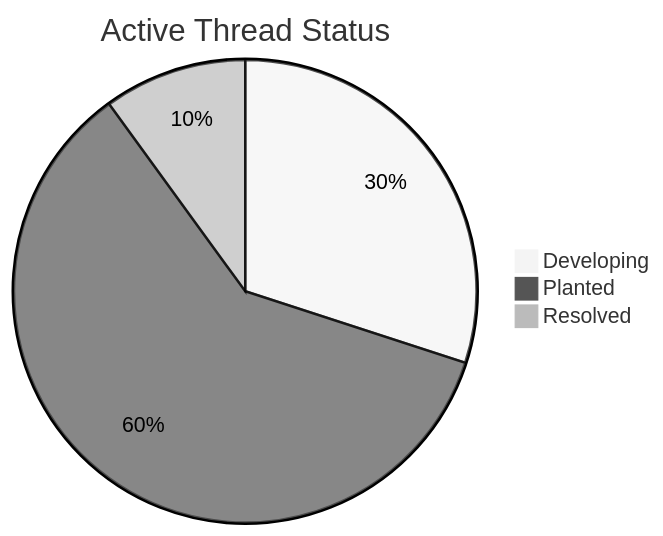
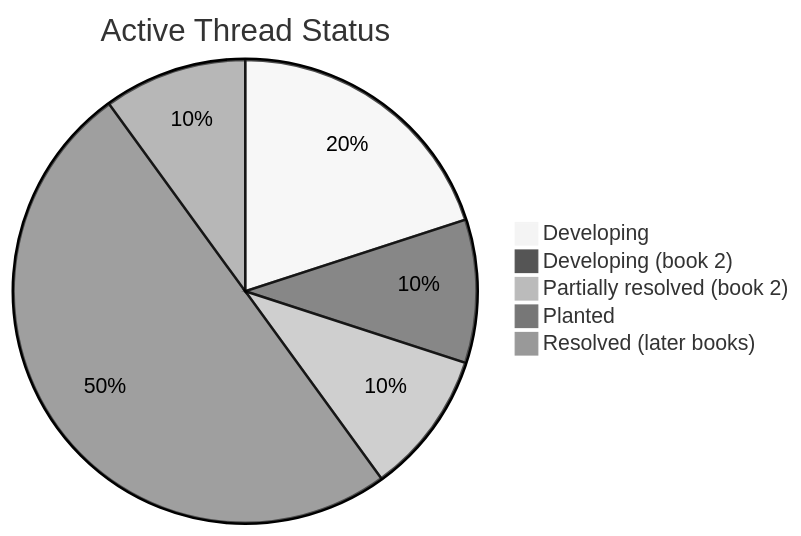
Before and after one commit to GOATnote-Inc/untamedpursuit: the seventh of 7 diagrams in README.md, drawn with Mermaid (neutral theme). The commit also changed other lines of this file and 4 other files, not shown here.

````diff
--- a/README.md
+++ b/README.md
@@ -256,6 +266,8 @@
 ```mermaid
 pie title Active Thread Status
-    "Developing" : 3
-    "Planted" : 6
-    "Resolved" : 1
+    "Developing" : 2
+    "Developing (book 2)" : 1
+    "Partially resolved (book 2)" : 1
+    "Planted" : 5
+    "Resolved (later books)" : 1
 ```
````
